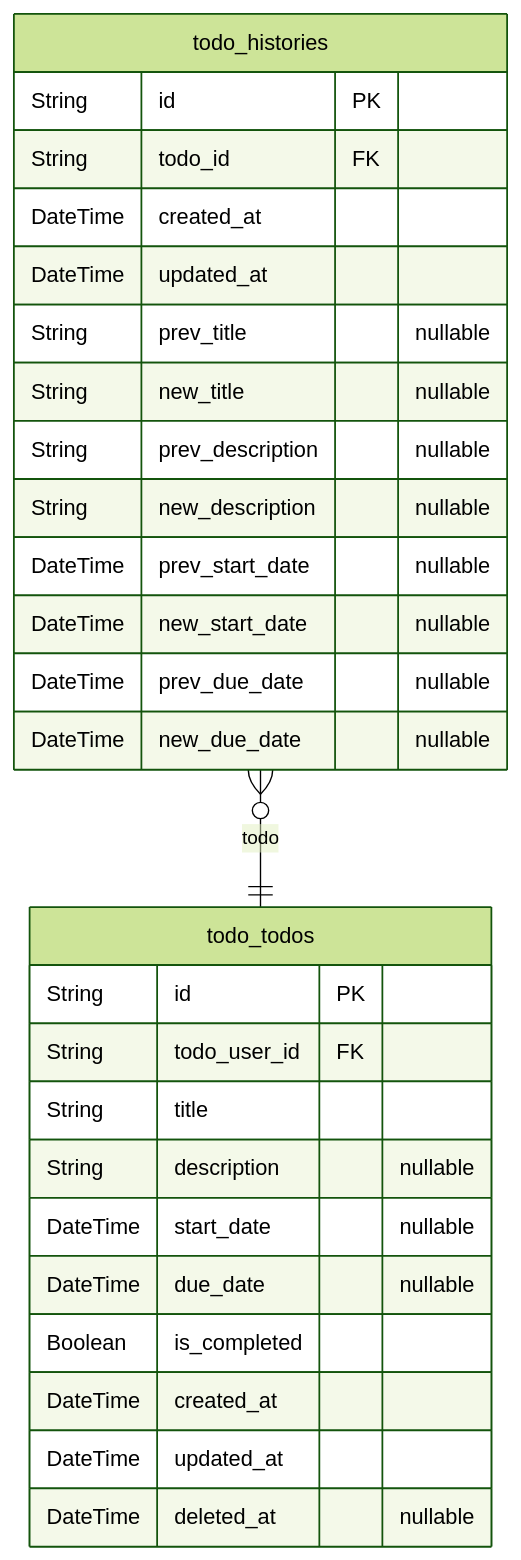
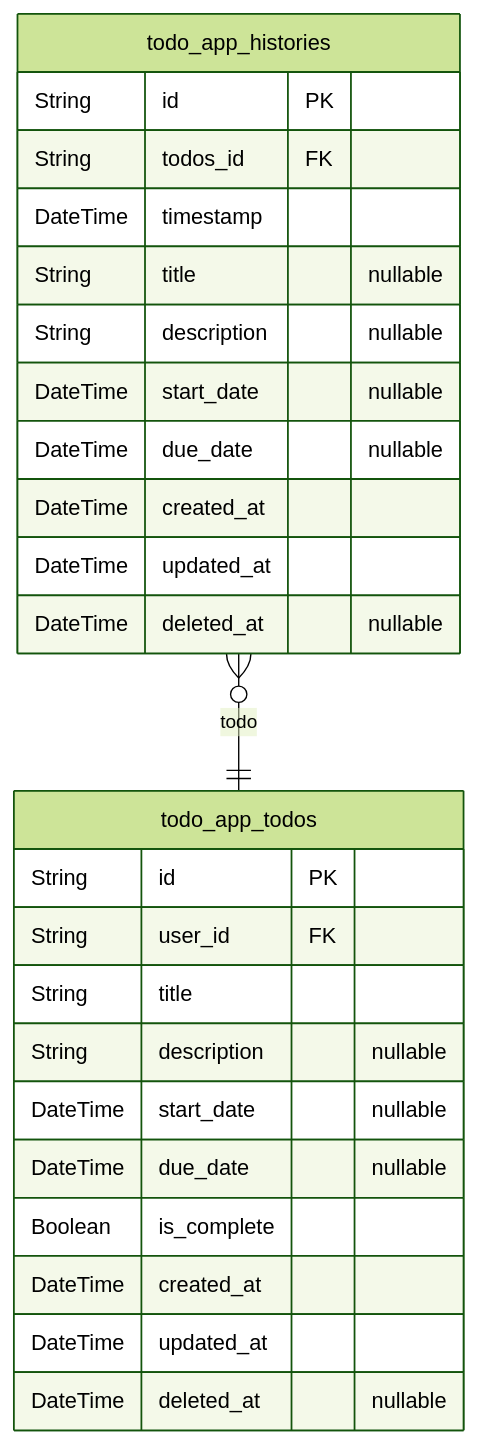
One commit to wrtnlabs/autobe-examples changed the second of 2 diagrams in qwen/qwen3-30b-a3b-thinking-2507/todo/docs/ERD.md. Above: the diagram before and after it, drawn with Mermaid (forest theme). The commit also changed other lines of this file and 25939 other files, not shown here.

````diff
--- a/qwen/qwen3-30b-a3b-thinking-2507/todo/docs/ERD.md
+++ b/qwen/qwen3-30b-a3b-thinking-2507/todo/docs/ERD.md
@@ -215,30 +129,28 @@
 ```mermaid
 erDiagram
-"todo_todos" {
+"todo_app_histories" {
   String id PK
-  String todo_user_id FK
+  String todos_id FK
+  DateTime timestamp
+  String title "nullable"
+  String description "nullable"
+  DateTime start_date "nullable"
+  DateTime due_date "nullable"
+  DateTime created_at
+  DateTime updated_at
+  DateTime deleted_at "nullable"
+}
+"todo_app_todos" {
+  String id PK
+  String user_id FK
   String title
   String description "nullable"
   DateTime start_date "nullable"
   DateTime due_date "nullable"
-  Boolean is_completed
+  Boolean is_complete
   DateTime created_at
   DateTime updated_at
   DateTime deleted_at "nullable"
 }
-"todo_histories" {
-  String id PK
-  String todo_id FK
-  DateTime created_at
-  DateTime updated_at
-  String prev_title "nullable"
-  String new_title "nullable"
-  String prev_description "nullable"
-  String new_description "nullable"
-  DateTime prev_start_date "nullable"
-  DateTime new_start_date "nullable"
-  DateTime prev_due_date "nullable"
-  DateTime new_due_date "nullable"
-}
-"todo_histories" }o--|| "todo_todos" : todo
+"todo_app_histories" }o--|| "todo_app_todos" : todo
 ```
````
